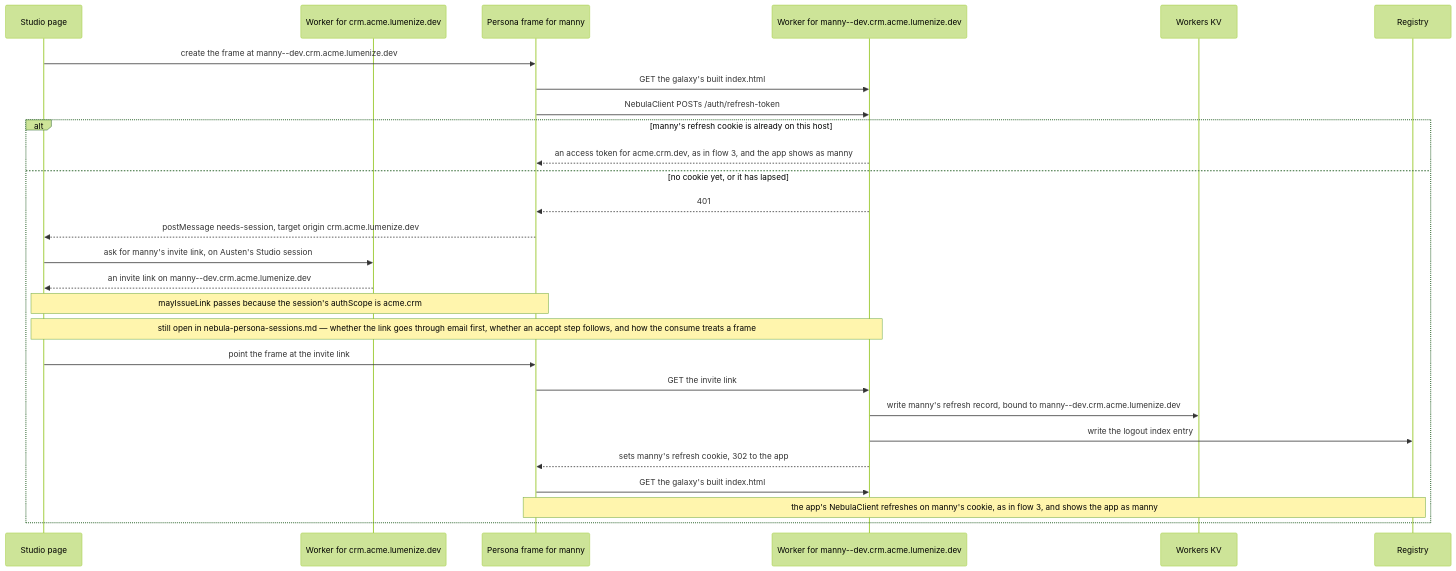
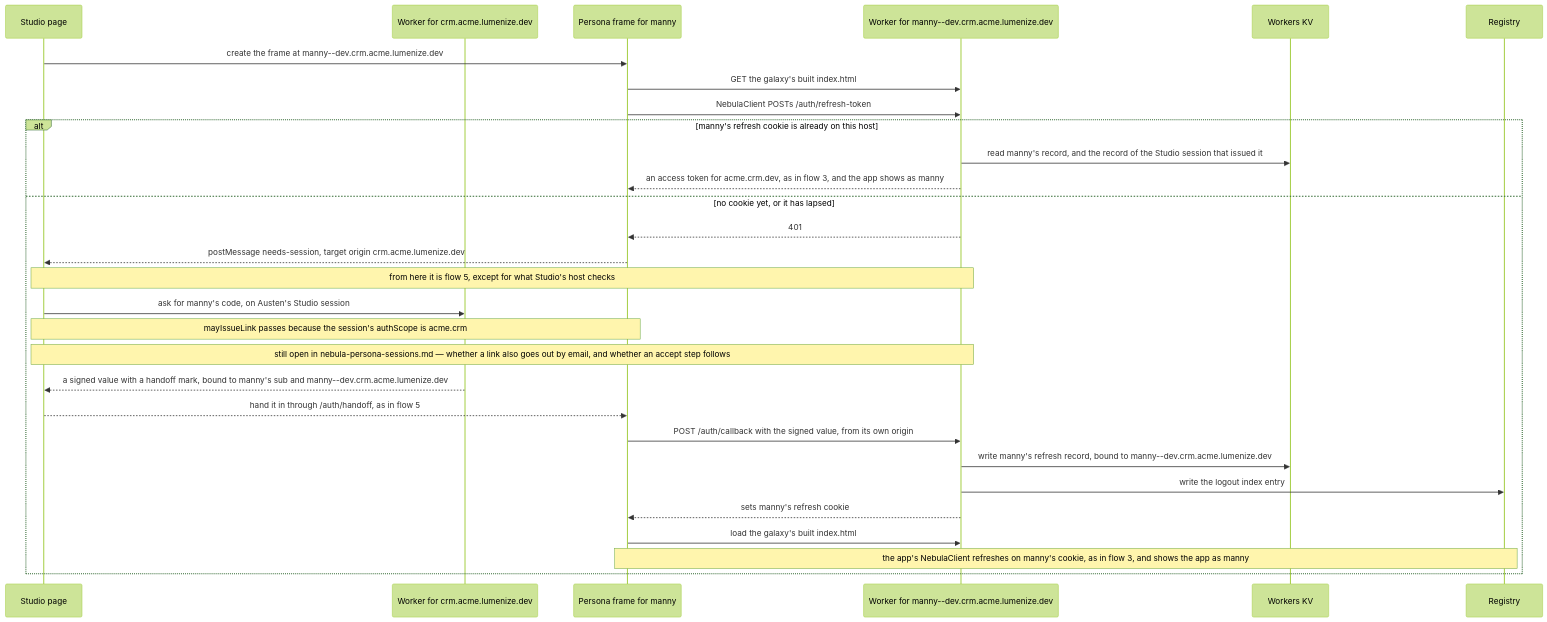
One commit to lumenize/lumenize changed the sixth of 7 diagrams in tasks/sessions-per-origin.md. Above: the diagram before and after it, drawn with Mermaid (forest theme). The commit also changed other lines of this file and 4 other files, not shown here.

First line of the commit message:
docs(sessions): resolve ADR-022's open questions with Larry

````diff
--- a/tasks/sessions-per-origin.md
+++ b/tasks/sessions-per-origin.md
@@ -222,30 +224,32 @@
 ```mermaid
 sequenceDiagram
     participant SP as Studio page
     participant ST as Worker for crm.acme.lumenize.dev
     participant PF as Persona frame for manny
     participant PW as Worker for manny--dev.crm.acme.lumenize.dev
     participant K as Workers KV
     participant R as Registry
 
     SP->>PF: create the frame at manny--dev.crm.acme.lumenize.dev
     PF->>PW: GET the galaxy's built index.html
     PF->>PW: NebulaClient POSTs /auth/refresh-token
     alt manny's refresh cookie is already on this host
+        PW->>K: read manny's record, and the record of the Studio session that issued it
         PW-->>PF: an access token for acme.crm.dev, as in flow 3, and the app shows as manny
     else no cookie yet, or it has lapsed
         PW-->>PF: 401
         PF-->>SP: postMessage needs-session, target origin crm.acme.lumenize.dev
-        SP->>ST: ask for manny's invite link, on Austen's Studio session
-        ST-->>SP: an invite link on manny--dev.crm.acme.lumenize.dev
+        Note over SP,PW: from here it is flow 5, except for what Studio's host checks
+        SP->>ST: ask for manny's code, on Austen's Studio session
         Note over SP,PF: mayIssueLink passes because the session's authScope is acme.crm
-        Note over SP,PW: still open in nebula-persona-sessions.md — whether the link goes through email first, whether an accept step follows, and how the consume treats a frame
-        SP->>PF: point the frame at the invite link
-        PF->>PW: GET the invite link
+        Note over SP,PW: still open in nebula-persona-sessions.md — whether a link also goes out by email, and whether an accept step follows
+        ST-->>SP: a signed value with a handoff mark, bound to manny's sub and manny--dev.crm.acme.lumenize.dev
+        SP-->>PF: hand it in through /auth/handoff, as in flow 5
+        PF->>PW: POST /auth/callback with the signed value, from its own origin
         PW->>K: write manny's refresh record, bound to manny--dev.crm.acme.lumenize.dev
         PW->>R: write the logout index entry
-        PW-->>PF: sets manny's refresh cookie, 302 to the app
-        PF->>PW: GET the galaxy's built index.html
+        PW-->>PF: sets manny's refresh cookie
+        PF->>PW: load the galaxy's built index.html
         Note over PF,R: the app's NebulaClient refreshes on manny's cookie, as in flow 3, and shows the app as manny
     end
 ```
````
